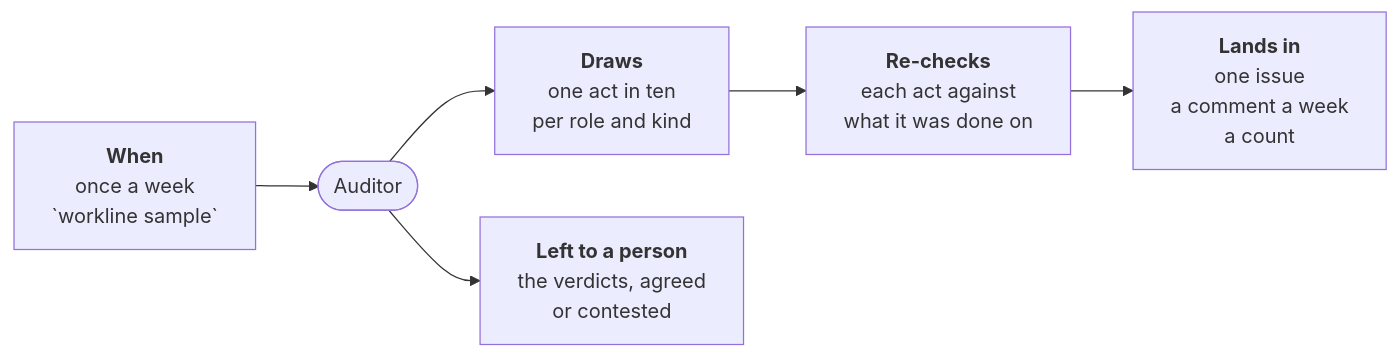
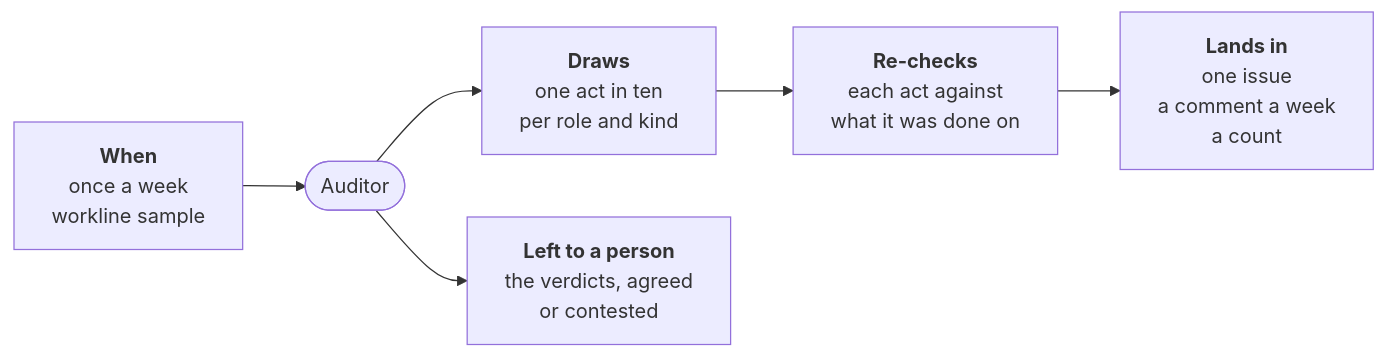
Before and after one commit to JN0V/workline: the diagram in roles/auditor/README.md, drawn with Mermaid. The commit also changed other lines of this file and 5 other files, not shown here.

````diff
--- a/roles/auditor/README.md
+++ b/roles/auditor/README.md
@@ -8,12 +8,12 @@
 ```mermaid
 flowchart LR
-  when["<b>When</b><br/>once a week<br/>`workline sample`"]
+  when["<b>When</b><br/>once a week<br/>workline sample"]
   role(["Auditor"])
   draws["<b>Draws</b><br/>one act in ten<br/>per role and kind"]
   reads["<b>Re-checks</b><br/>each act against<br/>what it was done on"]
   person["<b>Left to a person</b><br/>the verdicts, agreed<br/>or contested"]
   out["<b>Lands in</b><br/>one issue<br/>a comment a week<br/>a count"]
   when --> role
   role --> draws --> reads --> out
   role --> person
 ```
````
